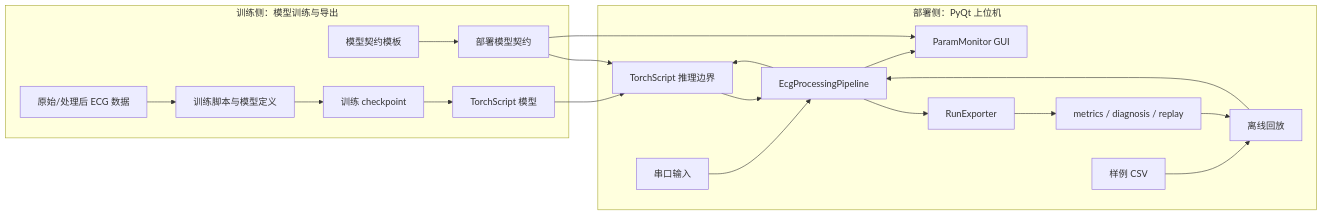
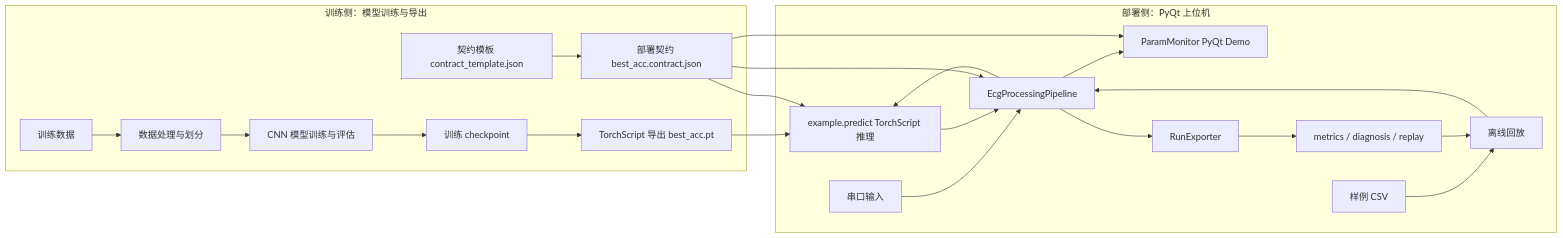
One commit to fengqqqing/AIforECGrecognition changed the diagram in docs/ARCHITECTURE_OVERVIEW.md. Above: the diagram before and after it, drawn with Mermaid. The commit also changed other lines of this file and 8 other files, not shown here.

````diff
--- a/docs/ARCHITECTURE_OVERVIEW.md
+++ b/docs/ARCHITECTURE_OVERVIEW.md
@@ -17,40 +17,44 @@
 ```mermaid
 flowchart LR
     subgraph Training["训练侧：模型训练与导出"]
-        RawData["原始/处理后 ECG 数据"]
-        TrainCode["训练脚本与模型定义"]
+        RawData["训练数据"]
+        DataProcess["数据处理与划分"]
+        TrainCode["CNN 模型训练与评估"]
         Checkpoint["训练 checkpoint"]
-        ExportModel["TorchScript 模型"]
-        ContractTemplate["模型契约模板"]
+        ExportModel["TorchScript 导出 best_acc.pt"]
+        ContractTemplate["契约模板 contract_template.json"]
+        ModelContract["部署契约 best_acc.contract.json"]
 
-        RawData --> TrainCode
+        RawData --> DataProcess
+        DataProcess --> TrainCode
         TrainCode --> Checkpoint
         Checkpoint --> ExportModel
-        ContractTemplate --> ModelContract["部署模型契约"]
+        ContractTemplate --> ModelContract
     end
 
     subgraph Deploy["部署侧：PyQt 上位机"]
         SerialInput["串口输入"]
         SampleData["样例 CSV"]
         Replay["离线回放"]
         Pipeline["EcgProcessingPipeline"]
-        Predict["TorchScript 推理边界"]
-        Gui["ParamMonitor GUI"]
+        Predict["example.predict TorchScript 推理"]
+        Gui["ParamMonitor PyQt Demo"]
         Exporter["RunExporter"]
         Runs["metrics / diagnosis / replay"]
 
-        SerialInput --> Pipeline
         SampleData --> Replay
         Replay --> Pipeline
+        SerialInput --> Pipeline
         Pipeline --> Predict
         Predict --> Pipeline
         Pipeline --> Gui
         Pipeline --> Exporter
         Exporter --> Runs
         Runs --> Replay
     end
 
     ExportModel --> Predict
     ModelContract --> Predict
     ModelContract --> Gui
+    ModelContract --> Pipeline
 ```
````
